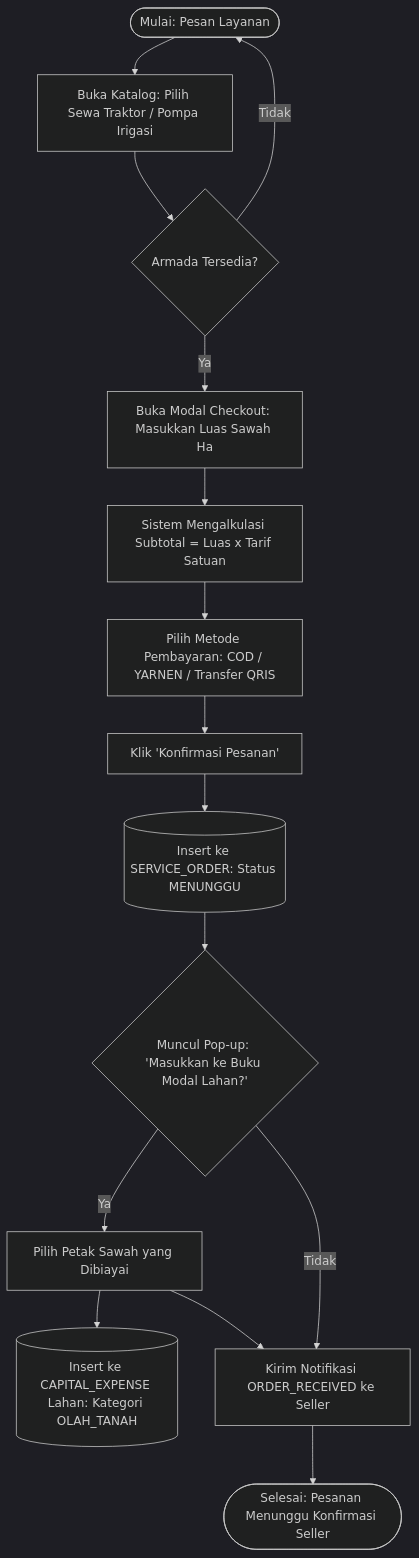
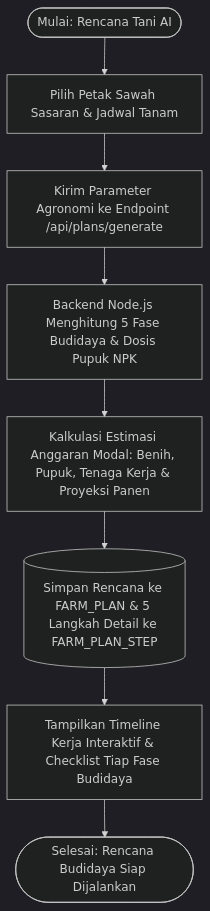
The third of 6 diagrams in FLOWCHART_AgriBuddy.md (ombay86/agribuddy), drawn with Mermaid (dark theme) before and after one commit. The commit also changed other lines of this file and 14 other files, not shown here.

Commit message:
docs: perbarui PRD, ERD, Use Case, Flowchart, dan Activity Diagram sesuai arsitektur Node.js & Gemini AI

````diff
--- a/FLOWCHART_AgriBuddy.md
+++ b/FLOWCHART_AgriBuddy.md
@@ -167,17 +144,10 @@
 ```mermaid
 flowchart TD
-    S2([Mulai: Pesan Layanan]) --> Browse2[Buka Katalog: Pilih Sewa Traktor / Pompa Irigasi]
-    Browse2 --> CheckAvail{Armada Tersedia?}
-    CheckAvail -- Tidak --> S2
-    CheckAvail -- Ya --> ModalCheckout[Buka Modal Checkout: Masukkan Luas Sawah Ha]
-    ModalCheckout --> AutoCalc[Sistem Mengalkulasi Subtotal = Luas x Tarif Satuan]
-    AutoCalc --> PayMethod[Pilih Metode Pembayaran: COD / YARNEN / Transfer QRIS]
-    PayMethod --> ConfirmOrder[Klik 'Konfirmasi Pesanan']
-    ConfirmOrder --> D3[(Insert ke SERVICE_ORDER: Status MENUNGGU)]
-    D3 --> PromptModal{Muncul Pop-up: 'Masukkan ke Buku Modal Lahan?'}
-    PromptModal -- Ya --> SelectFarm[Pilih Petak Sawah yang Dibiayai]
-    SelectFarm --> D4[(Insert ke CAPITAL_EXPENSE Lahan: Kategori OLAH_TANAH)]
-    SelectFarm --> NotifSeller[Kirim Notifikasi ORDER_RECEIVED ke Seller]
-    PromptModal -- Tidak --> NotifSeller
-    NotifSeller --> End2([Selesai: Pesanan Menunggu Konfirmasi Seller])
+    S2([Mulai: Rencana Tani AI]) --> PickFarm[Pilih Petak Sawah Sasaran & Jadwal Tanam]
+    PickFarm --> SubmitAgronomy[Kirim Parameter Agronomi ke Endpoint /api/plans/generate]
+    SubmitAgronomy --> CalcPlan[Backend Node.js Menghitung 5 Fase Budidaya & Dosis Pupuk NPK]
+    CalcPlan --> CalcRAB[Kalkulasi Estimasi Anggaran Modal: Benih, Pupuk, Tenaga Kerja & Proyeksi Panen]
+    CalcRAB --> D2[(Simpan Rencana ke FARM_PLAN & 5 Langkah Detail ke FARM_PLAN_STEP)]
+    D2 --> ViewTimeline[Tampilkan Timeline Kerja Interaktif & Checklist Tiap Fase Budidaya]
+    ViewTimeline --> End2([Selesai: Rencana Budidaya Siap Dijalankan])
 ```
````
